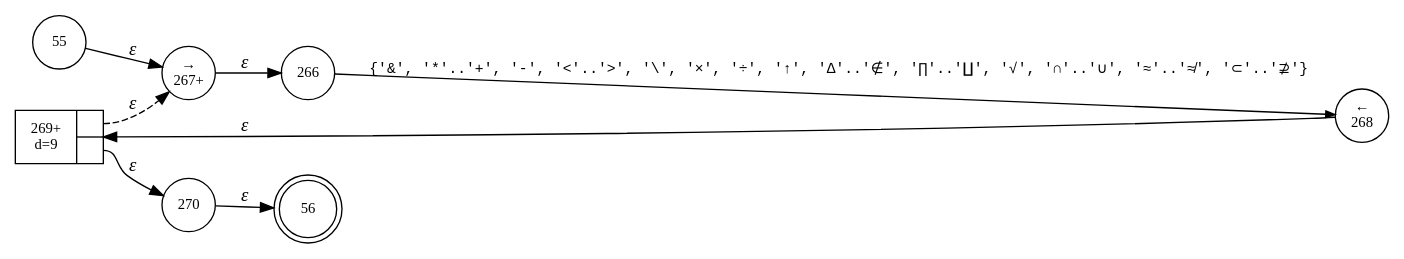
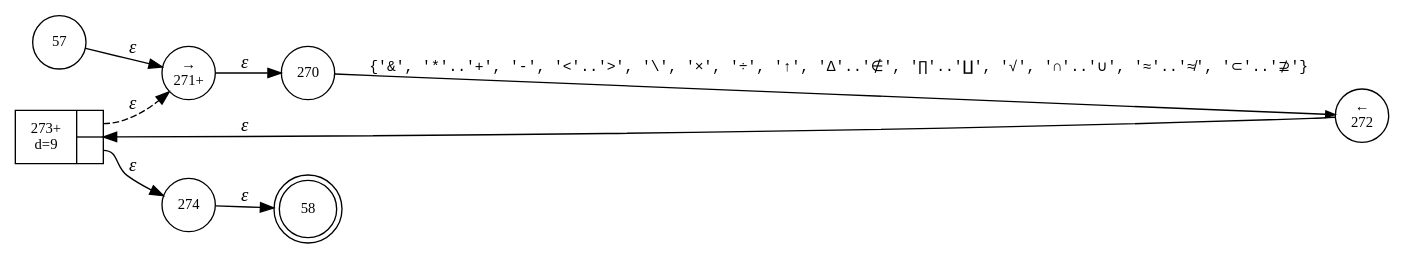
The diagram in internal/parser/BundLexer.CMD.dot (vulogov/Bund-old), drawn with Graphviz before and after one commit. The commit also changed 169 other files, not shown here.

```diff
--- a/internal/parser/BundLexer.CMD.dot
+++ b/internal/parser/BundLexer.CMD.dot
@@ -1,17 +1,17 @@
 digraph ATN {
 rankdir=LR;
-s56[fontsize=11, label="56", shape=doublecircle, fixedsize=true, width=.6];
-s55[fontsize=11,label="55", shape=circle, fixedsize=true, width=.55, peripheries=1];
-s266[fontsize=11,label="266", shape=circle, fixedsize=true, width=.55, peripheries=1];
-s267[fontsize=11,label="&rarr;\n267+", shape=circle, fixedsize=true, width=.55, peripheries=1];
-s268[fontsize=11,label="&larr;\n268", shape=circle, fixedsize=true, width=.55, peripheries=1];
-s269[fontsize=11,label="{269+\nd=9|{<p0>|<p1>}}", shape=record, fixedsize=false, peripheries=1];
+s58[fontsize=11, label="58", shape=doublecircle, fixedsize=true, width=.6];
+s272[fontsize=11,label="&larr;\n272", shape=circle, fixedsize=true, width=.55, peripheries=1];
+s273[fontsize=11,label="{273+\nd=9|{<p0>|<p1>}}", shape=record, fixedsize=false, peripheries=1];
+s274[fontsize=11,label="274", shape=circle, fixedsize=true, width=.55, peripheries=1];
+s57[fontsize=11,label="57", shape=circle, fixedsize=true, width=.55, peripheries=1];
 s270[fontsize=11,label="270", shape=circle, fixedsize=true, width=.55, peripheries=1];
-s55 -> s267 [fontname="Times-Italic", label="&epsilon;"];
-s267 -> s266 [fontname="Times-Italic", label="&epsilon;"];
-s266 -> s268 [fontsize=11, fontname="Courier", arrowsize=.7, label = "{'&', '*'..'+', '-', '<'..'>', '\\', '×', '÷', '↑', '∆'..'∉', '∏'..'∐', '√', '∩'..'∪', '≈'..'≉', '⊂'..'⊉'}", arrowhead = normal];
-s268 -> s269 [fontname="Times-Italic", label="&epsilon;"];
-s269:p0 -> s267 [fontname="Times-Italic", label="&epsilon;", style="dashed"];
-s269:p1 -> s270 [fontname="Times-Italic", label="&epsilon;"];
-s270 -> s56 [fontname="Times-Italic", label="&epsilon;"];
+s271[fontsize=11,label="&rarr;\n271+", shape=circle, fixedsize=true, width=.55, peripheries=1];
+s57 -> s271 [fontname="Times-Italic", label="&epsilon;"];
+s271 -> s270 [fontname="Times-Italic", label="&epsilon;"];
+s270 -> s272 [fontsize=11, fontname="Courier", arrowsize=.7, label = "{'&', '*'..'+', '-', '<'..'>', '\\', '×', '÷', '↑', '∆'..'∉', '∏'..'∐', '√', '∩'..'∪', '≈'..'≉', '⊂'..'⊉'}", arrowhead = normal];
+s272 -> s273 [fontname="Times-Italic", label="&epsilon;"];
+s273:p0 -> s271 [fontname="Times-Italic", label="&epsilon;", style="dashed"];
+s273:p1 -> s274 [fontname="Times-Italic", label="&epsilon;"];
+s274 -> s58 [fontname="Times-Italic", label="&epsilon;"];
 }
```
